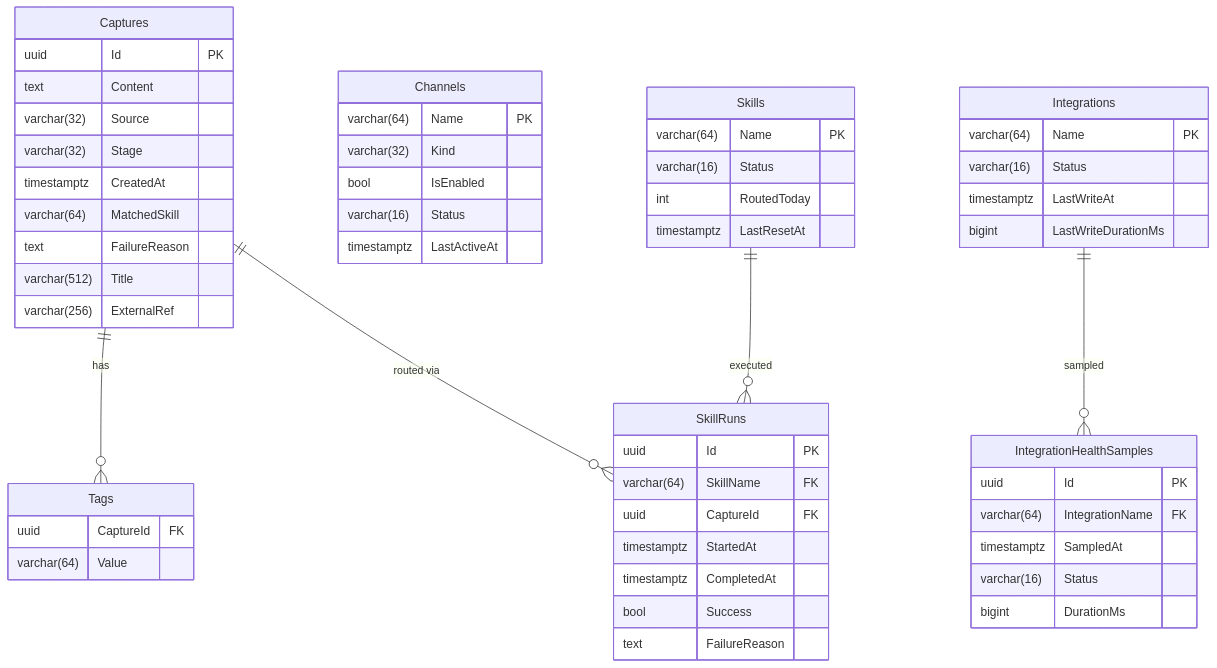
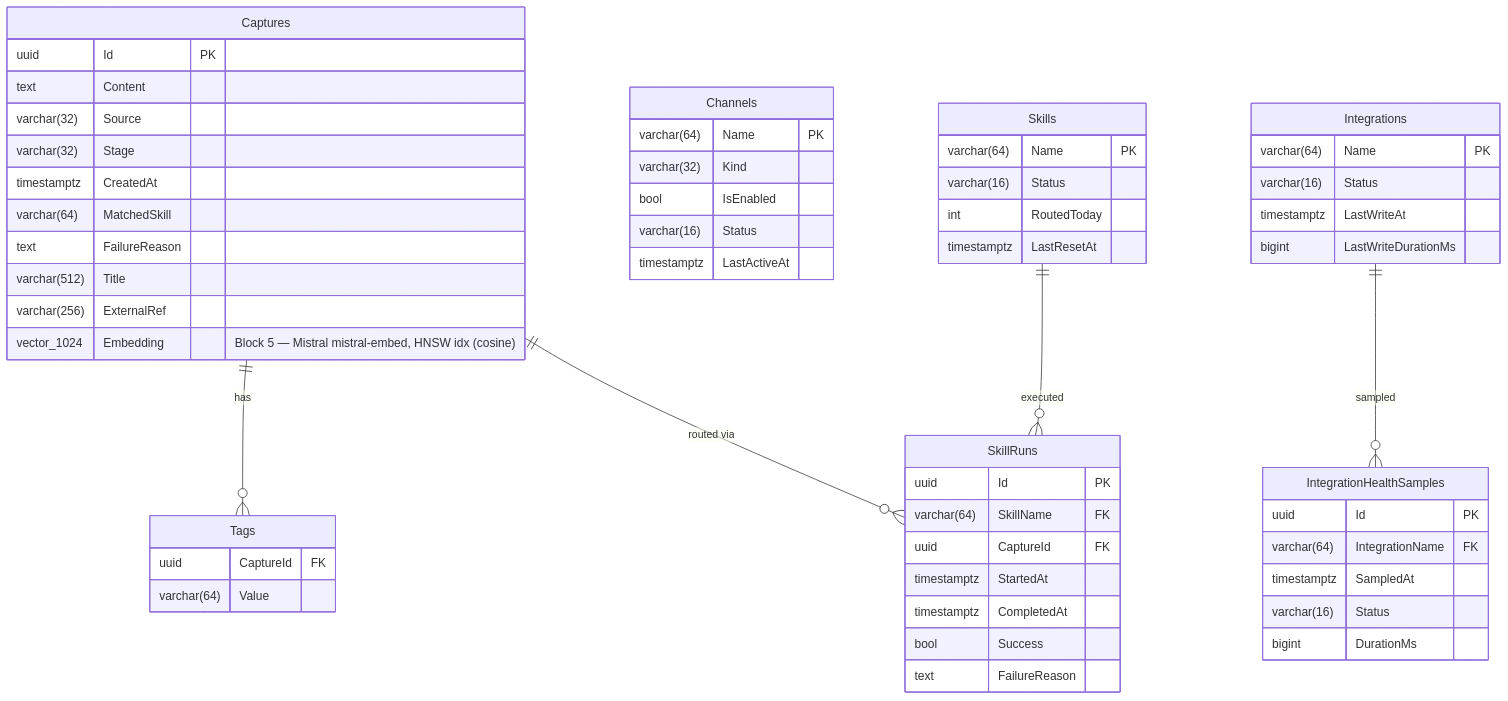
Before and after one commit to freaxnx01/FlowHub-CAS-AISE: the diagram in docs/design/db/er.md, drawn with Mermaid. The commit also changed other lines of this file and 4 other files, not shown here.

````diff
--- a/docs/design/db/er.md
+++ b/docs/design/db/er.md
@@ -3,64 +5,65 @@
 ```mermaid
 erDiagram
     Captures {
         uuid Id PK
         text Content
         varchar(32) Source
         varchar(32) Stage
         timestamptz CreatedAt
         varchar(64) MatchedSkill
         text FailureReason
         varchar(512) Title
         varchar(256) ExternalRef
+        vector_1024 Embedding "Block 5 — Mistral mistral-embed, HNSW idx (cosine)"
     }
 
     Channels {
         varchar(64) Name PK
         varchar(32) Kind
         bool IsEnabled
         varchar(16) Status
         timestamptz LastActiveAt
     }
 
     Skills {
         varchar(64) Name PK
         varchar(16) Status
         int RoutedToday
         timestamptz LastResetAt
     }
 
     SkillRuns {
         uuid Id PK
         varchar(64) SkillName FK
         uuid CaptureId FK
         timestamptz StartedAt
         timestamptz CompletedAt
         bool Success
         text FailureReason
     }
 
     Integrations {
         varchar(64) Name PK
         varchar(16) Status
         timestamptz LastWriteAt
         bigint LastWriteDurationMs
     }
 
     IntegrationHealthSamples {
         uuid Id PK
         varchar(64) IntegrationName FK
         timestamptz SampledAt
         varchar(16) Status
         bigint DurationMs
     }
 
     Tags {
         uuid CaptureId FK
         varchar(64) Value
     }
 
     Captures ||--o{ Tags : "has"
     Captures ||--o{ SkillRuns : "routed via"
     Skills ||--o{ SkillRuns : "executed"
     Integrations ||--o{ IntegrationHealthSamples : "sampled"
 ```
````
